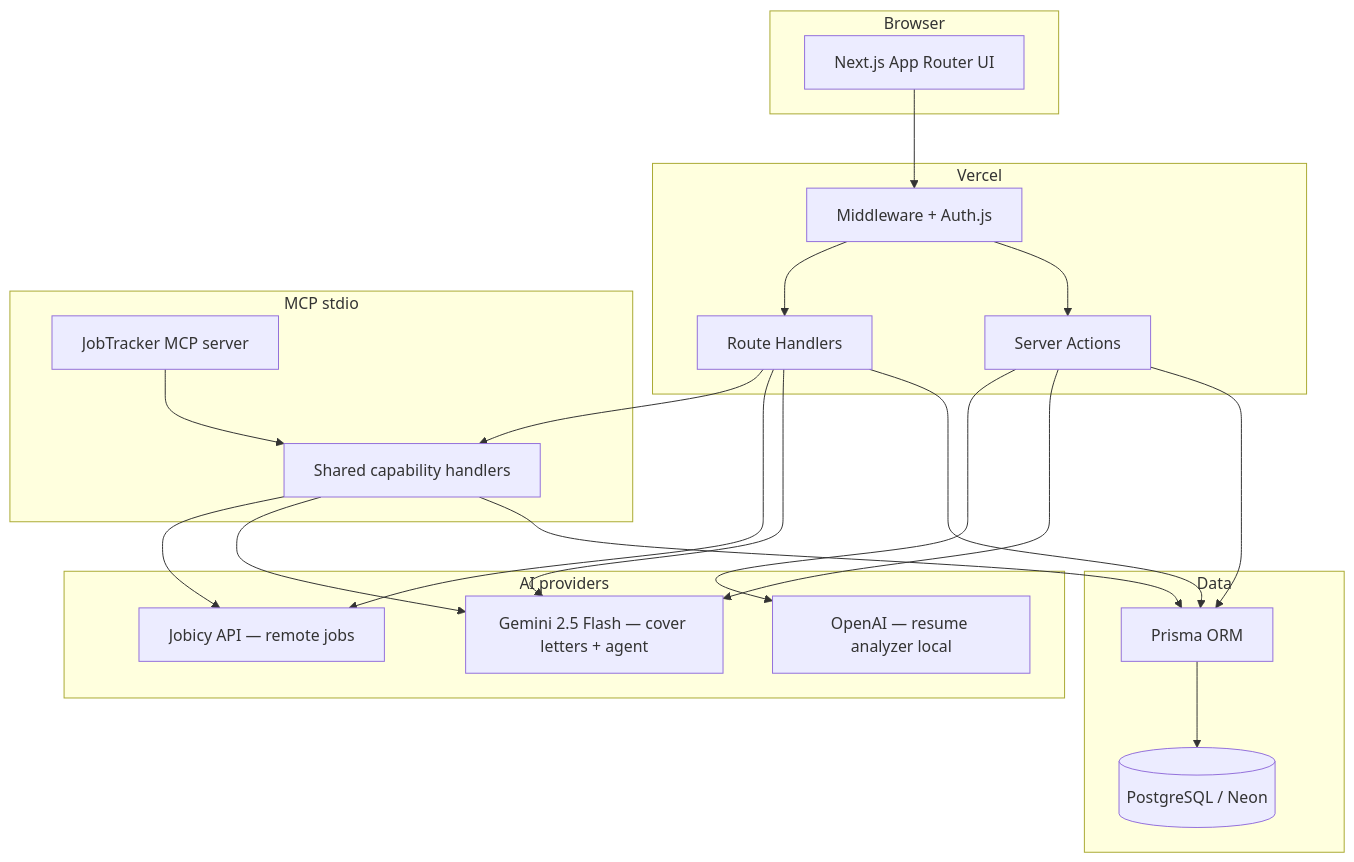
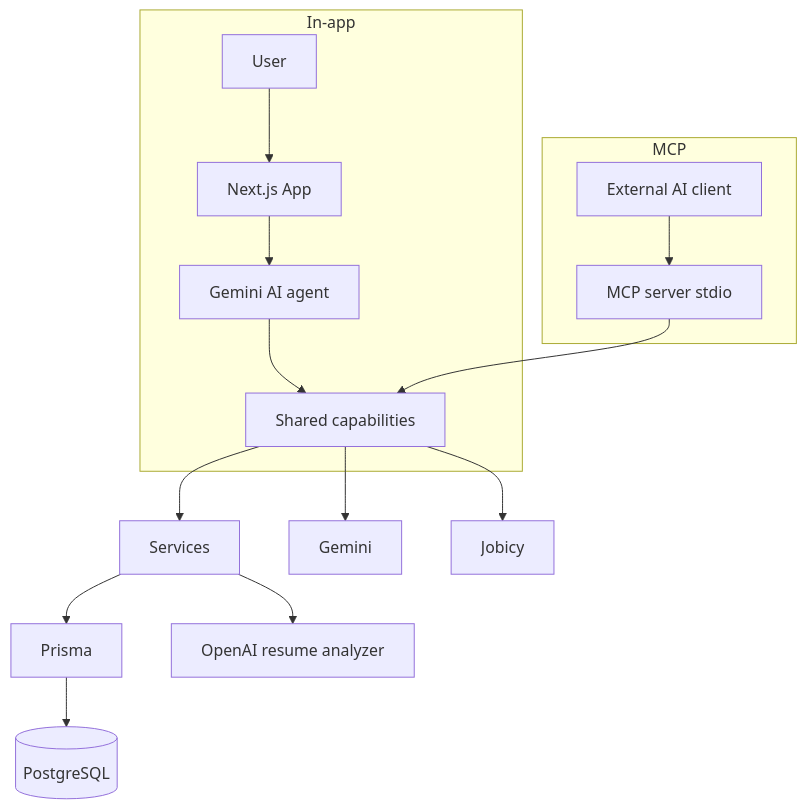
Before and after one commit to ahmedmustaf103-dot/jobtracker-ai: the diagram in README.md, drawn with Mermaid. The commit also changed other lines of this file and 4 other files, not shown here.

Commit message:
docs: final portfolio README and architecture polish

````diff
--- a/README.md
+++ b/README.md
@@ -60,44 +174,21 @@
 ```mermaid
 flowchart TB
-  subgraph client [Browser]
-    UI[Next.js App Router UI]
+  subgraph app [In-app]
+    User[User] --> UI[Next.js App]
+    UI --> Agent[Gemini AI agent]
+    Agent --> Caps[Shared capabilities]
   end
 
-  subgraph vercel [Vercel]
-    SA[Server Actions]
-    API[Route Handlers]
-    MW[Middleware + Auth.js]
+  subgraph mcpPath [MCP]
+    Host[External AI client] --> MCP[MCP server stdio]
+    MCP --> Caps
   end
 
-  subgraph data [Data]
-    PG[(PostgreSQL / Neon)]
-    Prisma[Prisma ORM]
-  end
+  Caps --> Services[Services]
+  Services --> Prisma[Prisma]
+  Prisma --> PG[(PostgreSQL)]
 
-  subgraph ai [AI providers]
-    Gemini[Gemini 2.5 Flash — cover letters + agent]
-    OpenAI[OpenAI — resume analyzer local]
-    Jobicy[Jobicy API — remote jobs]
-  end
-
-  subgraph mcp [MCP stdio]
-    McpServer[JobTracker MCP server]
-    Caps[Shared capability handlers]
-  end
-
-  UI --> MW
-  MW --> SA
-  MW --> API
-  SA --> Prisma
-  API --> Prisma
-  Prisma --> PG
-  SA --> Gemini
-  SA --> OpenAI
-  API --> Gemini
-  API --> Jobicy
-  API --> Caps
-  McpServer --> Caps
-  Caps --> Prisma
-  Caps --> Gemini
-  Caps --> Jobicy
+  Caps --> Gemini[Gemini]
+  Caps --> Jobicy[Jobicy]
+  Services --> OpenAI[OpenAI resume analyzer]
 ```
````
